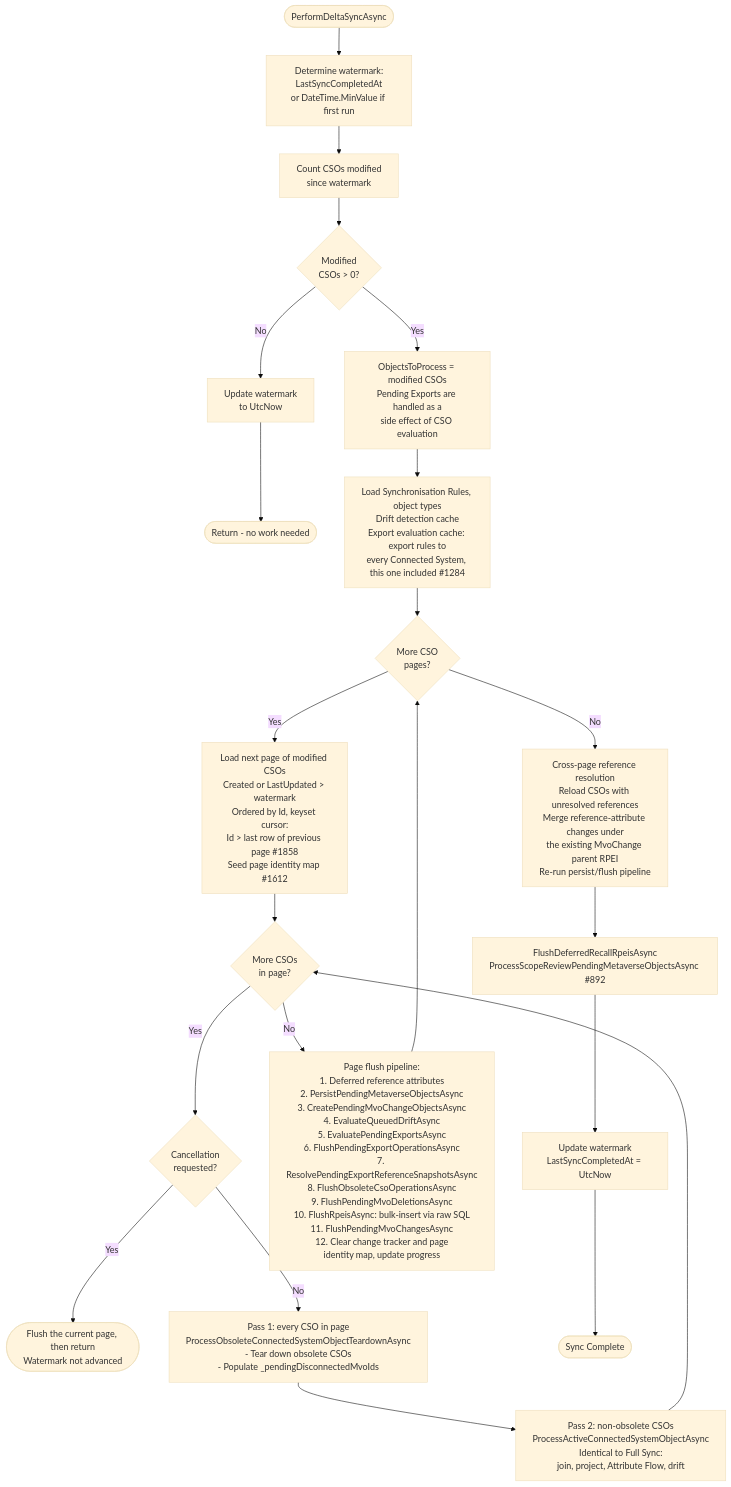
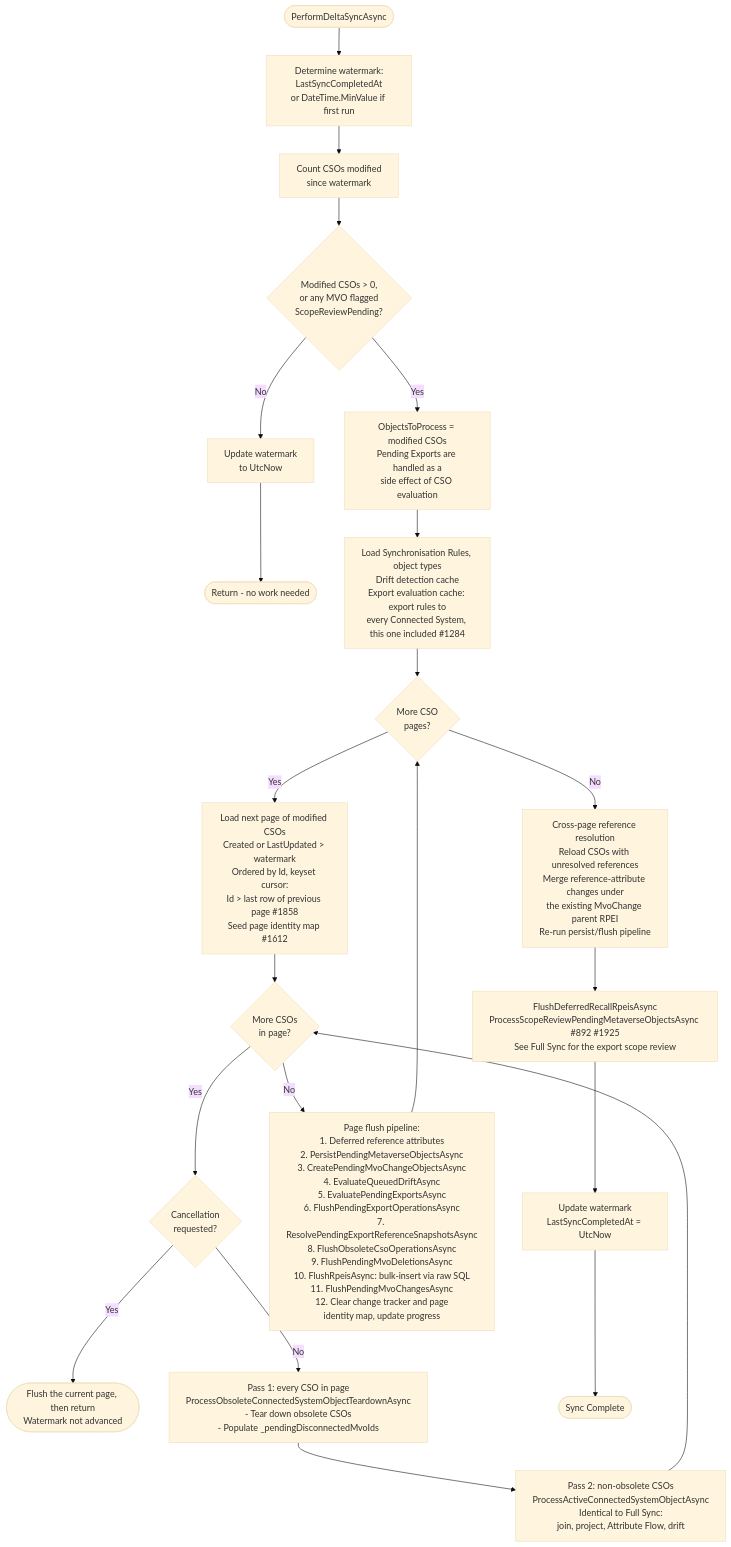
Before and after one commit to TetronIO/JIM: the first of 2 diagrams in docs/developer/diagrams/DELTA_SYNC_FLOW.md, drawn with Mermaid (base theme). The commit also changed other lines of this file and 22 other files, not shown here.

````diff
--- a/docs/developer/diagrams/DELTA_SYNC_FLOW.md
+++ b/docs/developer/diagrams/DELTA_SYNC_FLOW.md
@@ -23,32 +23,32 @@
 ```mermaid
 flowchart TD
     Start([PerformDeltaSyncAsync]) --> Watermark[Determine watermark:<br/>LastSyncCompletedAt<br/>or DateTime.MinValue if first run]
 
     Watermark --> CountModified[Count CSOs modified<br/>since watermark]
-    CountModified --> HasChanges{Modified<br/>CSOs > 0?}
+    CountModified --> HasChanges{Modified CSOs > 0,<br/>or any MVO flagged<br/>ScopeReviewPending?}
 
     HasChanges -->|No| EarlyWatermark[Update watermark<br/>to UtcNow]
     EarlyWatermark --> EarlyDone([Return - no work needed])
 
     HasChanges -->|Yes| CountPE[ObjectsToProcess = modified CSOs<br/>Pending Exports are handled as a<br/>side effect of CSO evaluation]
     CountPE --> LoadCaches[Load Synchronisation Rules, object types<br/>Drift detection cache<br/>Export evaluation cache: export rules to<br/>every Connected System, this one included #1284]
 
     LoadCaches --> PageLoop{More CSO<br/>pages?}
 
     PageLoop -->|Yes| LoadPage[Load next page of modified CSOs<br/>Created or LastUpdated > watermark<br/>Ordered by Id, keyset cursor:<br/>Id > last row of previous page #1858<br/>Seed page identity map #1612]
     LoadPage --> CsoLoop{More CSOs<br/>in page?}
 
     CsoLoop -->|Yes| CheckCancel{Cancellation<br/>requested?}
     CheckCancel -->|Yes| Return([Flush the current page, then return<br/>Watermark not advanced])
     CheckCancel -->|No| Pass1[Pass 1: every CSO in page<br/>ProcessObsoleteConnectedSystemObjectTeardownAsync<br/>- Tear down obsolete CSOs<br/>- Populate _pendingDisconnectedMvoIds]
     Pass1 --> Pass2[Pass 2: non-obsolete CSOs<br/>ProcessActiveConnectedSystemObjectAsync<br/>Identical to Full Sync:<br/>join, project, Attribute Flow, drift]
     Pass2 --> CsoLoop
 
     CsoLoop -->|No| PageFlush[Page flush pipeline:<br/>1. Deferred reference attributes<br/>2. PersistPendingMetaverseObjectsAsync<br/>3. CreatePendingMvoChangeObjectsAsync<br/>4. EvaluateQueuedDriftAsync<br/>5. EvaluatePendingExportsAsync<br/>6. FlushPendingExportOperationsAsync<br/>7. ResolvePendingExportReferenceSnapshotsAsync<br/>8. FlushObsoleteCsoOperationsAsync<br/>9. FlushPendingMvoDeletionsAsync<br/>10. FlushRpeisAsync: bulk-insert via raw SQL<br/>11. FlushPendingMvoChangesAsync<br/>12. Clear change tracker and page<br/>identity map, update progress]
     PageFlush --> PageLoop
 
     PageLoop -->|No| CrossPage[Cross-page reference resolution<br/>Reload CSOs with unresolved references<br/>Merge reference-attribute changes under<br/>the existing MvoChange parent RPEI<br/>Re-run persist/flush pipeline]
-    CrossPage --> PostPasses[FlushDeferredRecallRpeisAsync<br/>ProcessScopeReviewPendingMetaverseObjectsAsync #892]
+    CrossPage --> PostPasses[FlushDeferredRecallRpeisAsync<br/>ProcessScopeReviewPendingMetaverseObjectsAsync #892 #1925<br/>See Full Sync for the export scope review]
     PostPasses --> UpdateWatermark[Update watermark<br/>LastSyncCompletedAt = UtcNow]
     UpdateWatermark --> Done([Sync Complete])
 ```
````
